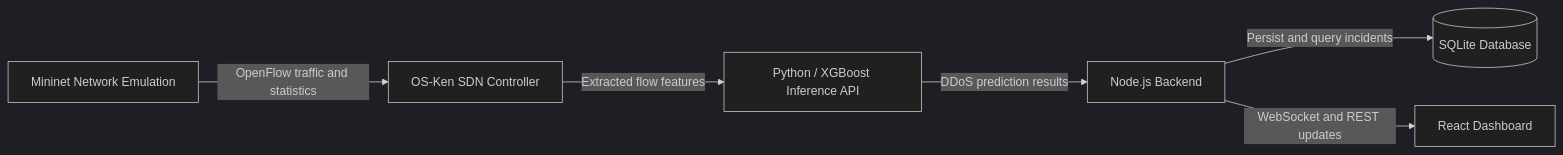
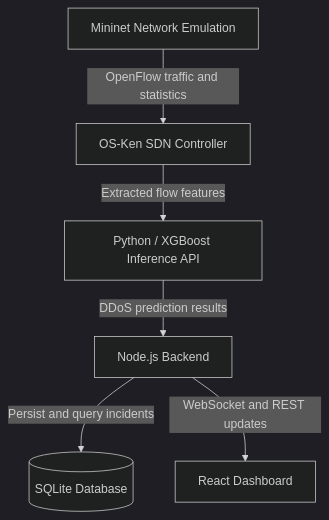
The diagram in README.md (umtoztrk/SynGuard-SDN), drawn with Mermaid (dark theme) before and after one commit. The commit also changed other lines of this file, not shown here.

First line of the commit message:
docs: clarify architecture, evaluation results and setup

````diff
--- a/README.md
+++ b/README.md
@@ -46,8 +24,8 @@
 ```mermaid
-flowchart LR
+flowchart TB
     A[Mininet Network Emulation] -->|OpenFlow traffic and statistics| B[OS-Ken SDN Controller]
     B -->|Extracted flow features| C[Python / XGBoost Inference API]
     C -->|DDoS prediction results| D[Node.js Backend]
     D -->|Persist and query incidents| E[(SQLite Database)]
     D -->|WebSocket and REST updates| F[React Dashboard]
 ```
````
